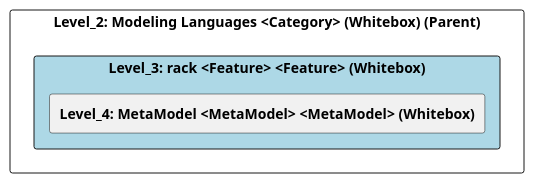
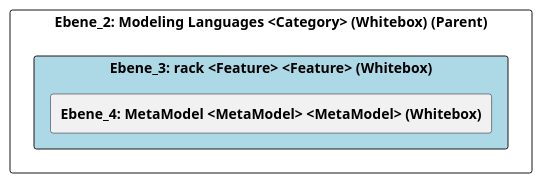
One commit to marcozwyssig/cleon changed the diagram in doc/cleonproject_deliverables_architecture_model_architecture/adoc/de/05_bausteinsicht/cleon/modeling_languages/rack/ebene_3_rack.adoc. Above: the diagram before and after it, drawn with PlantUML. The commit also changed other lines of this file and 150 other files, not shown here.

```diff
--- a/doc/cleonproject_deliverables_architecture_model_architecture/adoc/de/05_bausteinsicht/cleon/modeling_languages/rack/ebene_3_rack.adoc
+++ b/doc/cleonproject_deliverables_architecture_model_architecture/adoc/de/05_bausteinsicht/cleon/modeling_languages/rack/ebene_3_rack.adoc
@@ -20,26 +20,24 @@
-[plantuml, Level_3: rack <Feature> <Feature> (Whitebox)BlockOverview, format="svg"]
+[plantuml, Ebene_3: rack <Feature> <Feature> (Whitebox)BlockOverview, format="svg"]
 ----
-@startuml Level_3: rack <Feature> <Feature> (Whitebox)BuildingBlockOverview
+@startuml Ebene_3: rack <Feature> <Feature> (Whitebox)BuildingBlockOverview
 
 skinparam ranksep 10
 skinparam componentStyle rectangle
 skinparam shadowing false
 skinparam arrowColor lightblue
 skinparam arrowThickness 1.2
 skinparam rectangle {
   BackgroundColor White
   BorderColor #333
   RoundCorner 10
 }
 top to bottom direction
 
-component "Level_2: Modeling Languages <Category> (Whitebox) (Parent)" {
-    component "Level_3: rack <Feature> <Feature> (Whitebox)" #lightblue {
-        [**Level_4: MetaModel <MetaModel> <MetaModel> (Whitebox)**] as 4A56DE56_D579_11EE_903E_9F564E4DE07E
+component "Ebene_2: Modeling Languages <Category> (Whitebox) (Parent)" {
+    component "Ebene_3: rack <Feature> <Feature> (Whitebox)" #lightblue {
+        [**Ebene_4: MetaModel <MetaModel> <MetaModel> (Whitebox)**] as 4A56DE56_D579_11EE_903E_9F564E4DE07E
     }
-
-    
 }
 
 @enduml
 ----
```
